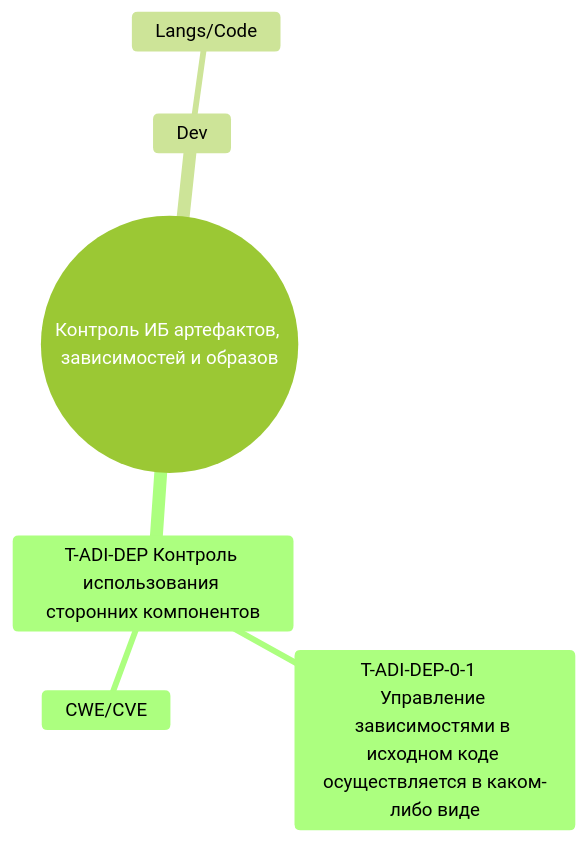
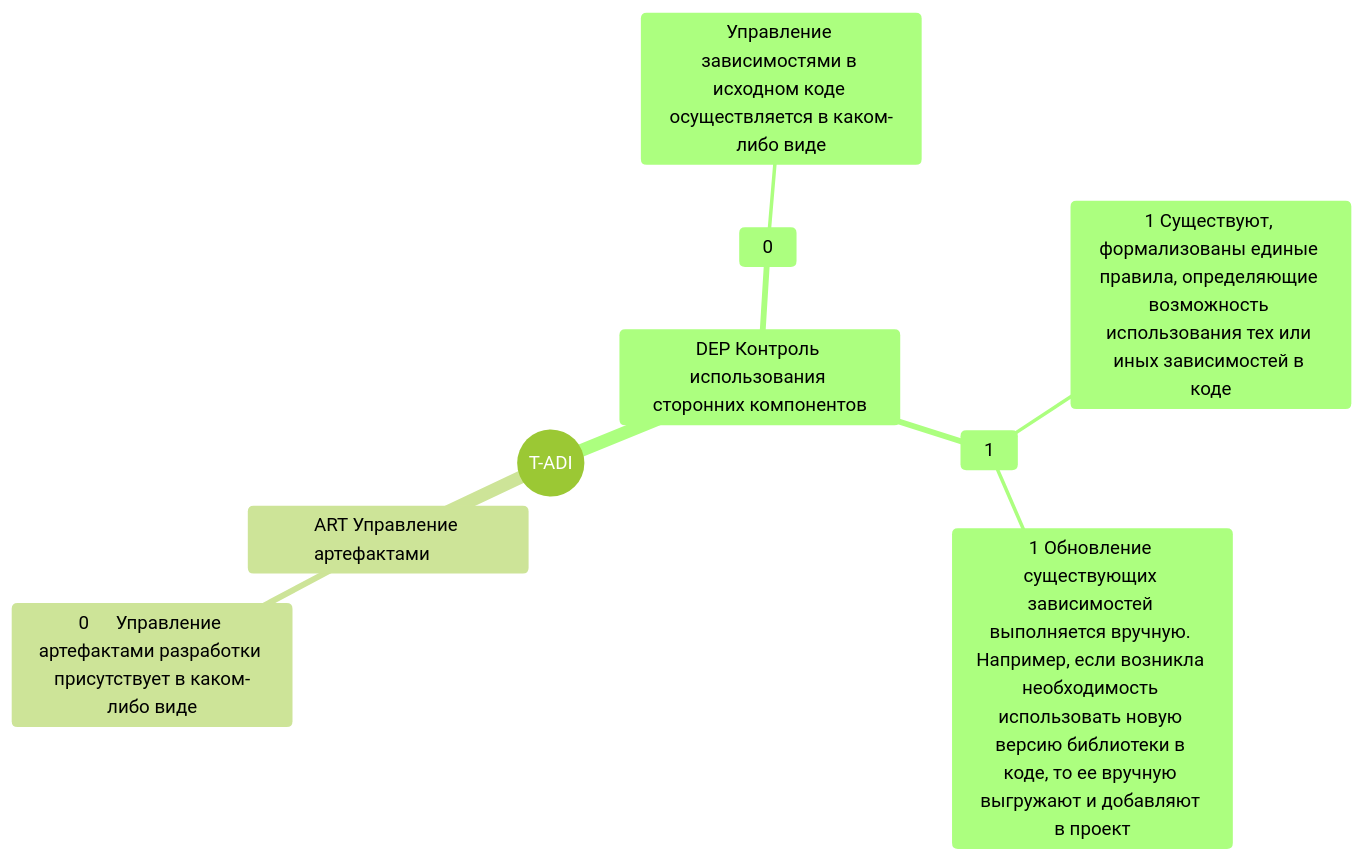
The first of 2 diagrams in README.md (k0yt/mindmap-DAF), drawn with Mermaid before and after one commit. The commit also changed other lines of this file, not shown here.

````diff
--- a/README.md
+++ b/README.md
@@ -3,10 +3,13 @@
 ```mermaid
 %%{init: {'theme':'forest'}}%%
 mindmap
-  root((Контроль ИБ артефактов, зависимостей и образов))
-    T-ADI-DEP Контроль использования сторонних компонентов
-      T-ADI-DEP-0-1	Управление зависимостями в исходном коде осуществляется в каком-либо виде
-      CWE/CVE
-    Dev
-      Langs/Code
+  root((T-ADI))
+    DEP Контроль использования сторонних компонентов
+      0
+        Управление зависимостями в исходном коде осуществляется в каком-либо виде
+      1 
+        1 Существуют, формализованы единые правила, определяющие возможность использования тех или иных зависимостей в коде
+        1 Обновление существующих зависимостей выполняется вручную. Например, если возникла необходимость использовать новую версию библиотеки в коде, то ее вручную выгружают и добавляют в проект
+    ART Управление артефактами	
+      0	Управление артефактами разработки присутствует в каком-либо виде
 ```
````
